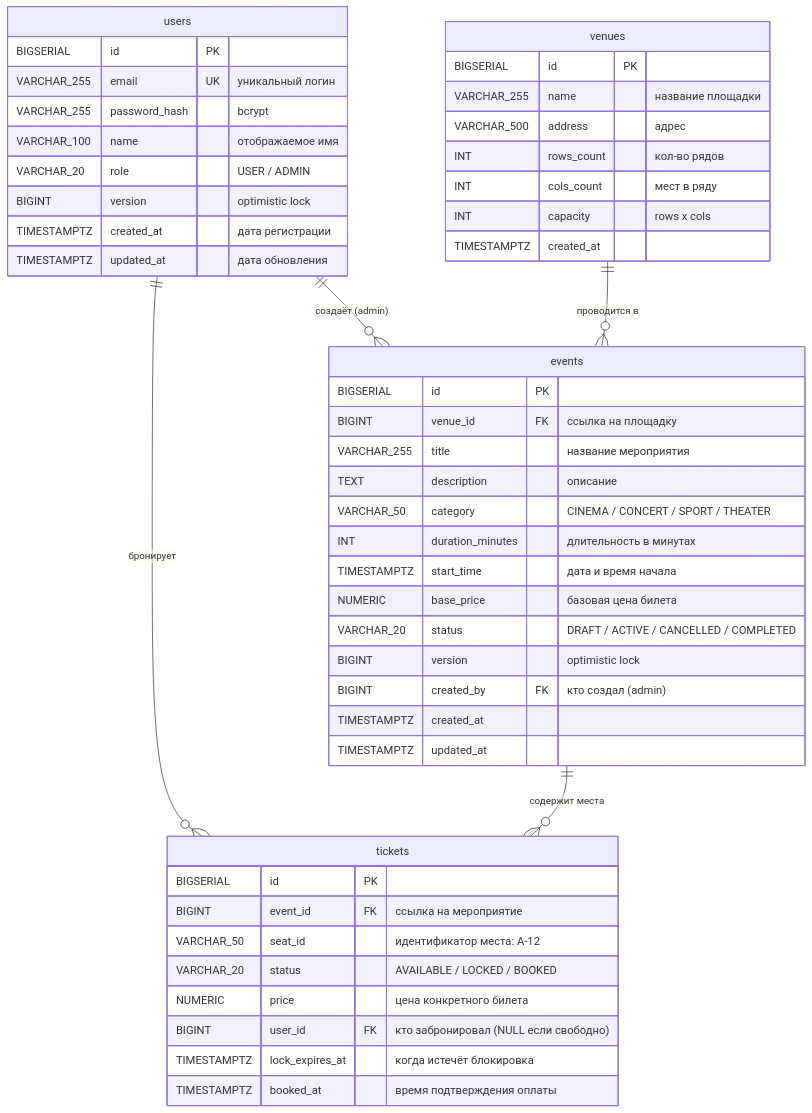
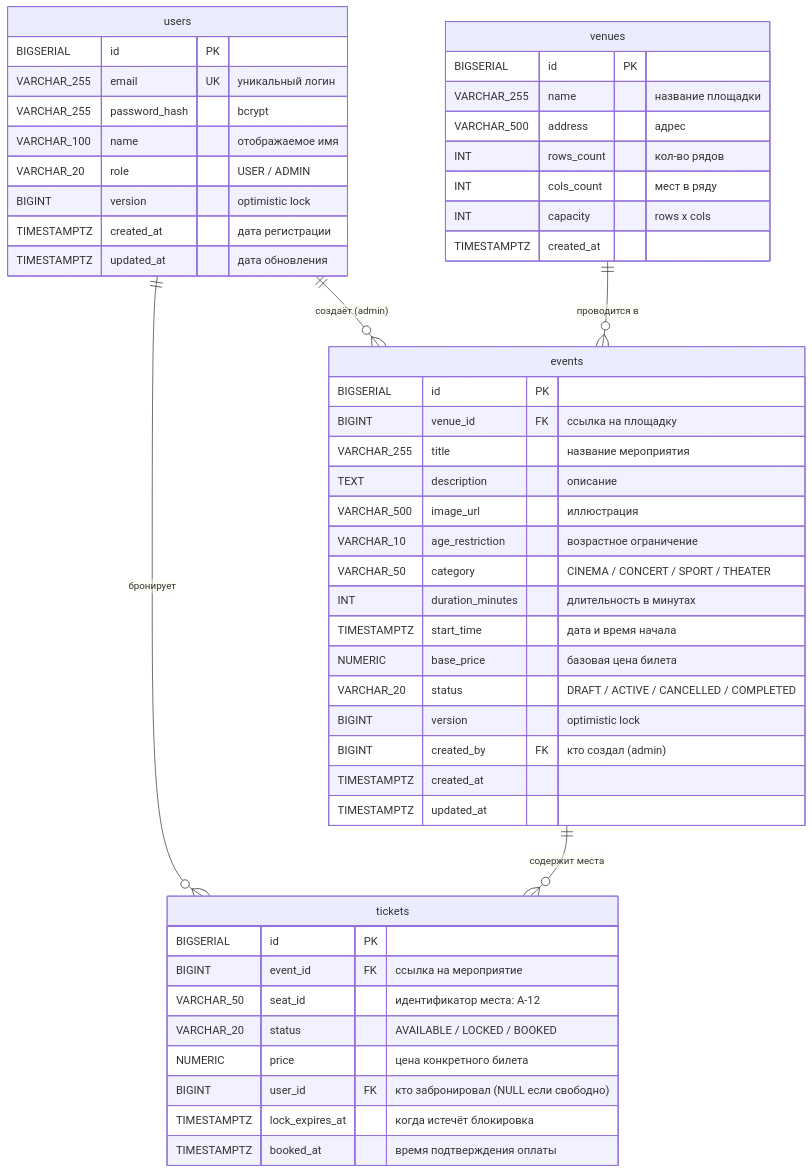
Before and after one commit to TicketRace/T-RESERVE-ENGINE: the first of 2 diagrams in DB.md, drawn with Mermaid. The commit also changed other lines of this file and 2 other files, not shown here.

Commit message:
docs: update user scenarios, db schema documentation and add requirements documentation

````diff
--- a/DB.md
+++ b/DB.md
@@ -10,55 +10,57 @@
 ```mermaid
 erDiagram
     users ||--o{ tickets : "бронирует"
     users ||--o{ events : "создаёт (admin)"
     venues ||--o{ events : "проводится в"
     events ||--o{ tickets : "содержит места"
 
     users {
         BIGSERIAL id PK
         VARCHAR_255 email UK "уникальный логин"
         VARCHAR_255 password_hash "bcrypt"
         VARCHAR_100 name "отображаемое имя"
         VARCHAR_20 role "USER / ADMIN"
         BIGINT version "optimistic lock"
         TIMESTAMPTZ created_at "дата регистрации"
         TIMESTAMPTZ updated_at "дата обновления"
     }
 
     venues {
         BIGSERIAL id PK
         VARCHAR_255 name "название площадки"
         VARCHAR_500 address "адрес"
         INT rows_count "кол-во рядов"
         INT cols_count "мест в ряду"
         INT capacity "rows x cols"
         TIMESTAMPTZ created_at
     }
 
     events {
         BIGSERIAL id PK
         BIGINT venue_id FK "ссылка на площадку"
         VARCHAR_255 title "название мероприятия"
         TEXT description "описание"
+        VARCHAR_500 image_url "иллюстрация"
+        VARCHAR_10 age_restriction "возрастное ограничение"
         VARCHAR_50 category "CINEMA / CONCERT / SPORT / THEATER"
         INT duration_minutes "длительность в минутах"
         TIMESTAMPTZ start_time "дата и время начала"
         NUMERIC base_price "базовая цена билета"
         VARCHAR_20 status "DRAFT / ACTIVE / CANCELLED / COMPLETED"
         BIGINT version "optimistic lock"
         BIGINT created_by FK "кто создал (admin)"
         TIMESTAMPTZ created_at
         TIMESTAMPTZ updated_at
     }
 
     tickets {
         BIGSERIAL id PK
         BIGINT event_id FK "ссылка на мероприятие"
         VARCHAR_50 seat_id "идентификатор места: A-12"
         VARCHAR_20 status "AVAILABLE / LOCKED / BOOKED"
         NUMERIC price "цена конкретного билета"
         BIGINT user_id FK "кто забронировал (NULL если свободно)"
         TIMESTAMPTZ lock_expires_at "когда истечёт блокировка"
         TIMESTAMPTZ booked_at "время подтверждения оплаты"
     }
 ```
````
